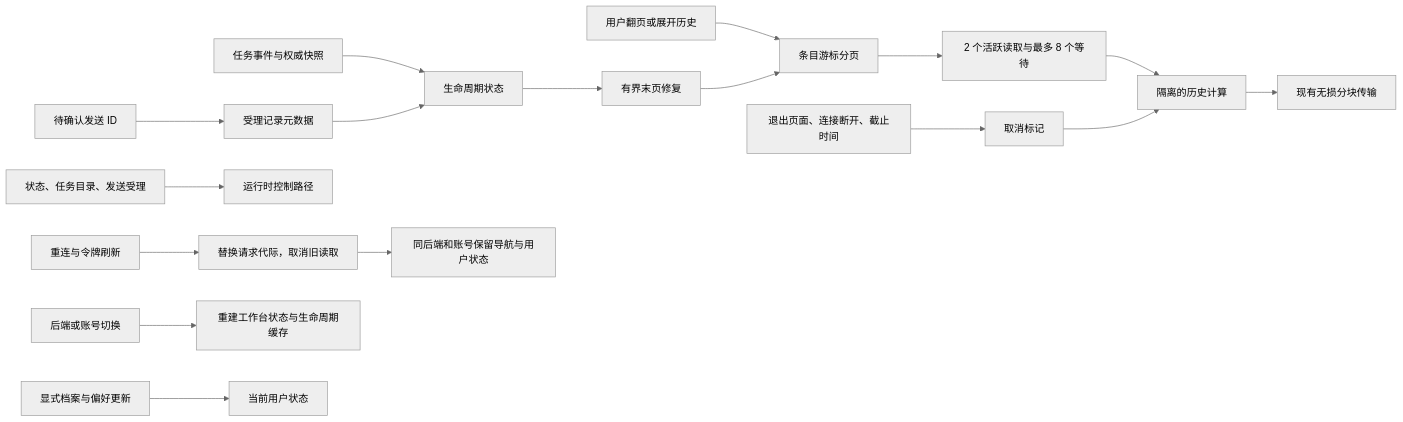
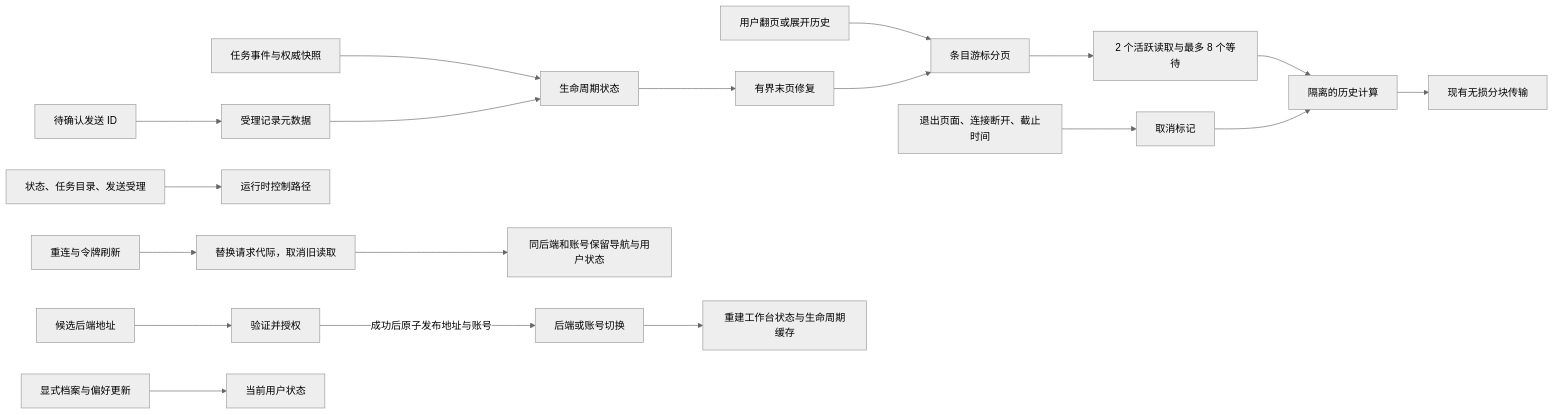
One commit to wecode-ai/Wegent changed the diagram in docs/zh/wegent/developer-guide/wework-runtime-responsiveness.md. Above: the diagram before and after it, drawn with Mermaid (neutral theme). The commit also changed other lines of this file and 3 other files, not shown here.

````diff
--- a/docs/zh/wegent/developer-guide/wework-runtime-responsiveness.md
+++ b/docs/zh/wegent/developer-guide/wework-runtime-responsiveness.md
@@ -28,19 +28,21 @@
 ```mermaid
 flowchart LR
     Stream[任务事件与权威快照] --> Lifecycle[生命周期状态]
     Queue[待确认发送 ID] --> Receipts[受理记录元数据]
     Receipts --> Lifecycle
     Lifecycle --> Repair[有界末页修复]
     User[用户翻页或展开历史] --> Page[条目游标分页]
     Repair --> Page
     Page --> Admission[2 个活跃读取与最多 8 个等待]
     Admission --> Worker[隔离的历史计算]
     Worker --> Transfer[现有无损分块传输]
     Cancel[退出页面、连接断开、截止时间] --> Token[取消标记]
     Token --> Worker
     Control[状态、任务目录、发送受理] --> Runtime[运行时控制路径]
     Transport[重连与令牌刷新] --> Generation[替换请求代际，取消旧读取]
     Generation --> Preserve[同后端和账号保留导航与用户状态]
     Owner[后端或账号切换] --> Reset[重建工作台状态与生命周期缓存]
+    Candidate[候选后端地址] --> Auth[验证并授权]
+    Auth -->|成功后原子发布地址与账号| Owner
     Profile[显式档案与偏好更新] --> UserState[当前用户状态]
 ```
````
